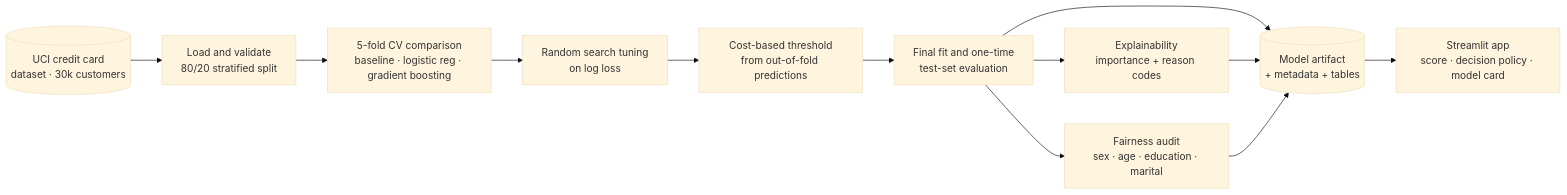
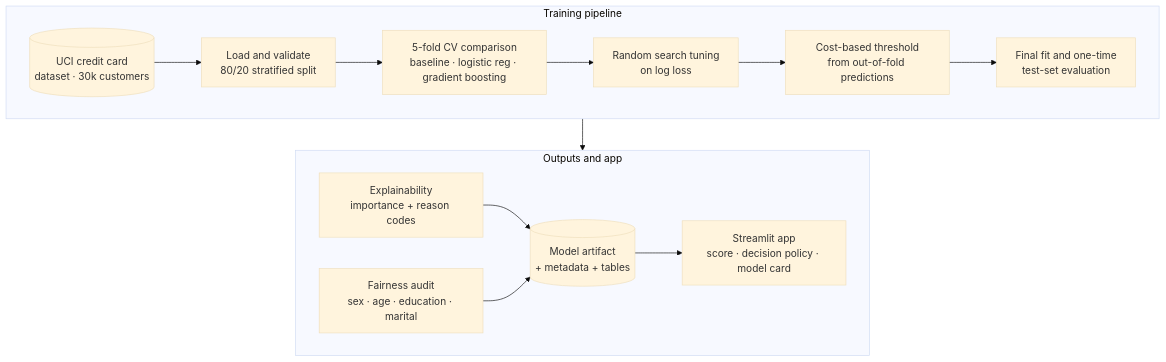
The first of 3 diagrams in README.md (siddharth0444/siddharth0444), drawn with Mermaid (base theme) before and after one commit. The commit also changed other lines of this file, not shown here.

Commit message:
Show architecture diagrams outside collapsed sections and compact the credit risk diagram

````diff
--- a/README.md
+++ b/README.md
@@ -84,14 +81,18 @@
 ```mermaid
-flowchart LR
-    A[("UCI credit card<br/>dataset · 30k customers")] --> B["Load and validate<br/>80/20 stratified split"]
-    B --> C["5-fold CV comparison<br/>baseline · logistic reg · gradient boosting"]
-    C --> D["Random search tuning<br/>on log loss"]
-    D --> E["Cost-based threshold<br/>from out-of-fold predictions"]
-    E --> F["Final fit and one-time<br/>test-set evaluation"]
-    F --> G["Explainability<br/>importance + reason codes"]
-    F --> H["Fairness audit<br/>sex · age · education · marital"]
-    F --> I[("Model artifact<br/>+ metadata + tables")]
-    G --> I
-    H --> I
-    I --> J["Streamlit app<br/>score · decision policy · model card"]
+flowchart TB
+    subgraph P["Training pipeline"]
+        direction LR
+        A[("UCI credit card<br/>dataset · 30k customers")] --> B["Load and validate<br/>80/20 stratified split"]
+        B --> C["5-fold CV comparison<br/>baseline · logistic reg · gradient boosting"]
+        C --> D["Random search tuning<br/>on log loss"]
+        D --> E["Cost-based threshold<br/>from out-of-fold predictions"]
+        E --> F["Final fit and one-time<br/>test-set evaluation"]
+    end
+    subgraph O["Outputs and app"]
+        direction LR
+        G["Explainability<br/>importance + reason codes"] --> I[("Model artifact<br/>+ metadata + tables")]
+        H["Fairness audit<br/>sex · age · education · marital"] --> I
+        I --> J["Streamlit app<br/>score · decision policy · model card"]
+    end
+    P --> O
 ```
````
